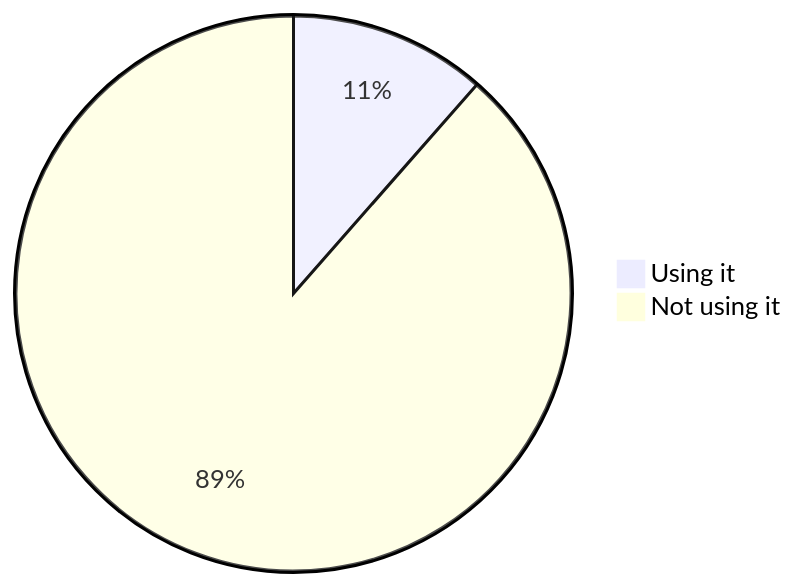
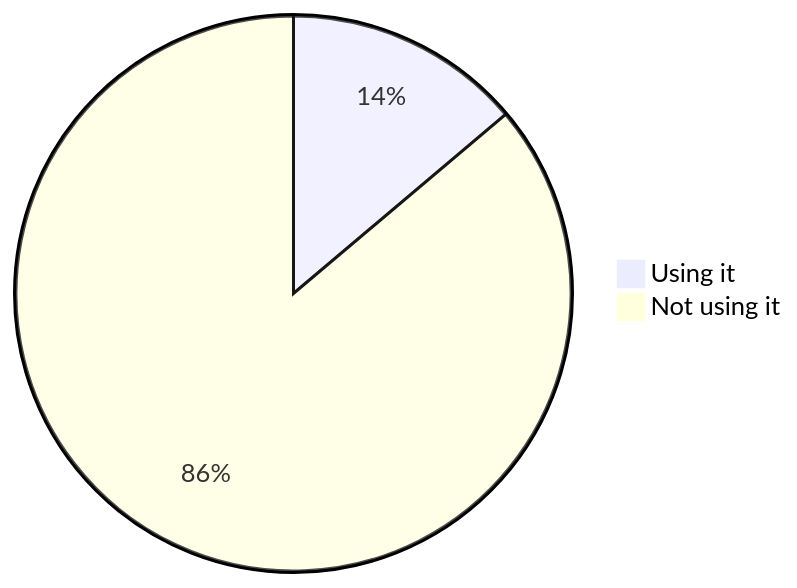
One commit to oshp/oshp-stats changed the fourth of 22 diagrams in stats.md. Above: the diagram before and after it, drawn with Mermaid. The commit also changed other lines of this file, not shown here.

````diff
--- a/stats.md
+++ b/stats.md
@@ -46,6 +46,6 @@
 ```mermaid
 pie
-	"Using it" : 11.47
-	"Not using it" : 88.53
+	"Using it" : 13.84
+	"Not using it" : 86.16
 
 ```
````
